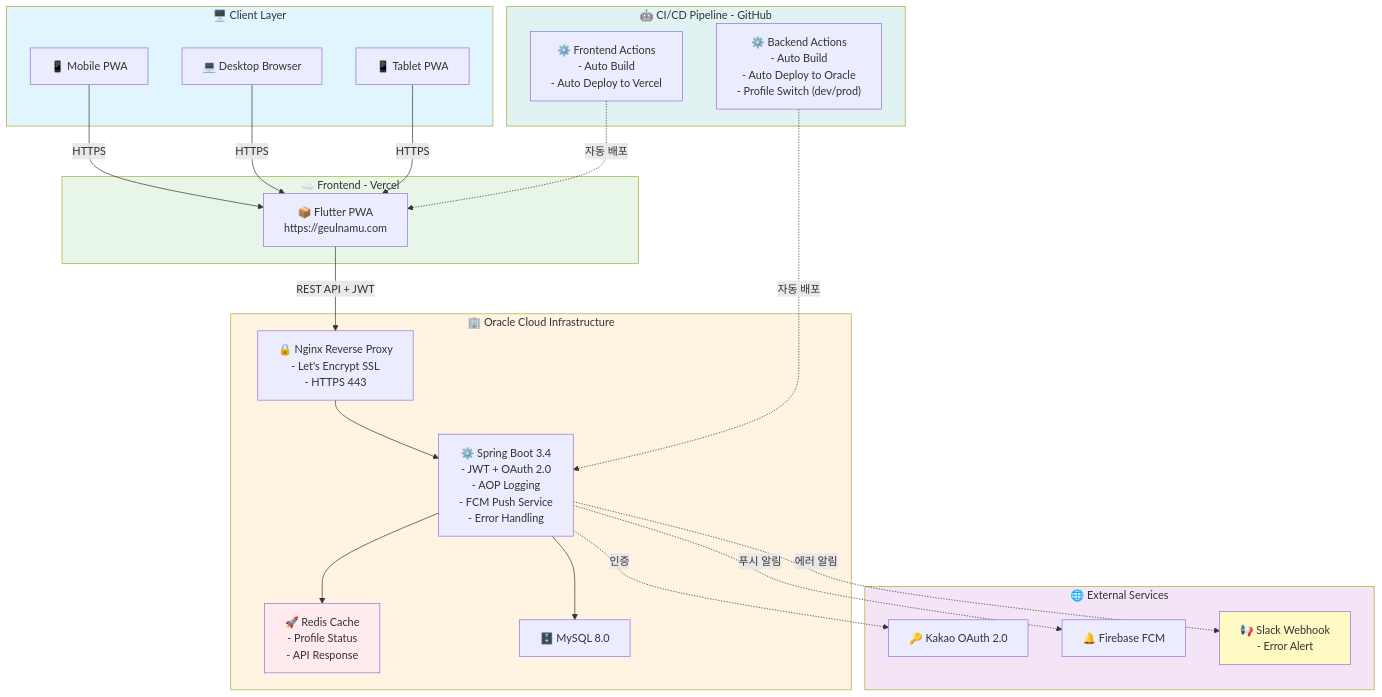
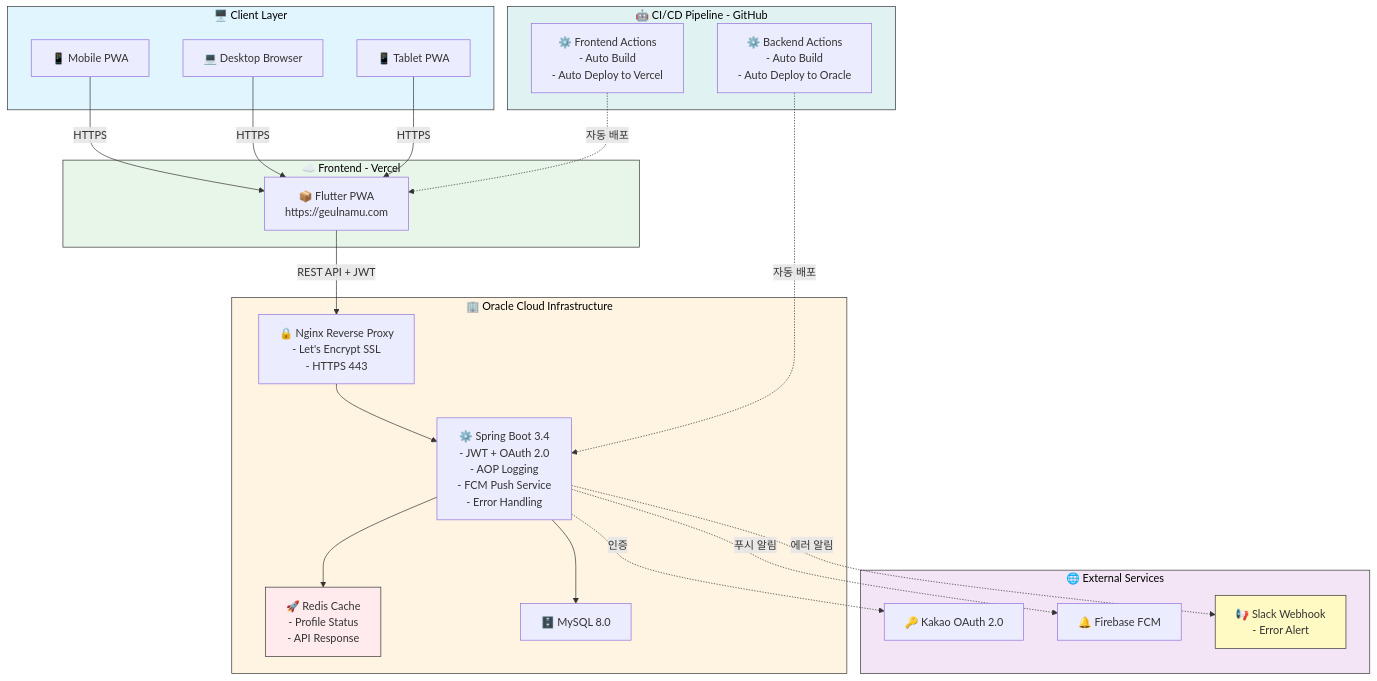
Before and after one commit to jujang/Geulnamu: the diagram in PORTFOLIO.md, drawn with Mermaid. The commit also changed other lines of this file and 1 other file, not shown here.

````diff
--- a/PORTFOLIO.md
+++ b/PORTFOLIO.md
@@ -58,65 +58,66 @@
 ```mermaid
 graph TB
     subgraph Client["🖥️ Client Layer"]
         A[📱 Mobile PWA]
         B[💻 Desktop Browser]
         C[📱 Tablet PWA]
     end
 
     subgraph CICD["🤖 CI/CD Pipeline - GitHub"]
         D1["⚙️ Frontend Actions
 - Auto Build
 - Auto Deploy to Vercel"]
         D2["⚙️ Backend Actions
 - Auto Build
-- Auto Deploy to Oracle
-- Profile Switch (dev/prod)"]
+- Auto Deploy to Oracle"]
     end
 
     subgraph Frontend["☁️ Frontend - Vercel"]
         D["📦 Flutter PWA
 https://geulnamu.com"]
     end
 
     subgraph Oracle["🏢 Oracle Cloud Infrastructure"]
         E["🔒 Nginx Reverse Proxy
 - Let's Encrypt SSL
 - HTTPS 443"]
         F["⚙️ Spring Boot 3.4
 - JWT + OAuth 2.0
 - AOP Logging
 - FCM Push Service
 - Error Handling"]
         G["🚀 Redis Cache
 - Profile Status
 - API Response"]
         H[🗄️ MySQL 8.0]
     end
 
+    %% ✅ External을 Oracle 아래로 이동
     subgraph External["🌐 External Services"]
         I[🔑 Kakao OAuth 2.0]
         J[🔔 Firebase FCM]
         K["📢 Slack Webhook
 - Error Alert"]
     end
 
     A & B & C -->|HTTPS| D
     D -->|REST API + JWT| E
     E --> F
     F --> G
     F --> H
+
+    D1 -.->|자동 배포| D
+    D2 -.->|자동 배포| F
+
     F -.->|인증| I
     F -.->|푸시 알림| J
     F -.->|에러 알림| K
 
-    D1 -.->|자동 배포| D
-    D2 -.->|자동 배포| F
-
-    style Client fill:#e1f5ff
-    style CICD fill:#e0f2f1
-    style Frontend fill:#e8f5e9
-    style Oracle fill:#fff4e1
-    style External fill:#f3e5f5
-    style G fill:#ffebee
-    style K fill:#fff9c4
+    style Client fill:#e1f5ff,stroke:#333,color:#000
+    style CICD fill:#e0f2f1,stroke:#333,color:#000
+    style Frontend fill:#e8f5e9,stroke:#333,color:#000
+    style Oracle fill:#fff4e1,stroke:#333,color:#000
+    style External fill:#f3e5f5,stroke:#333,color:#000
+    style G fill:#ffebee,stroke:#333
+    style K fill:#fff9c4,stroke:#333
 ```
````
